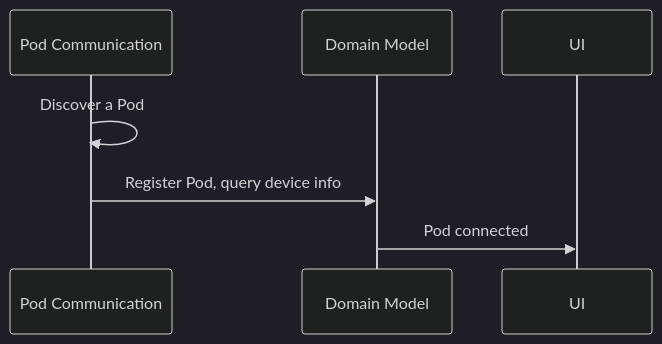
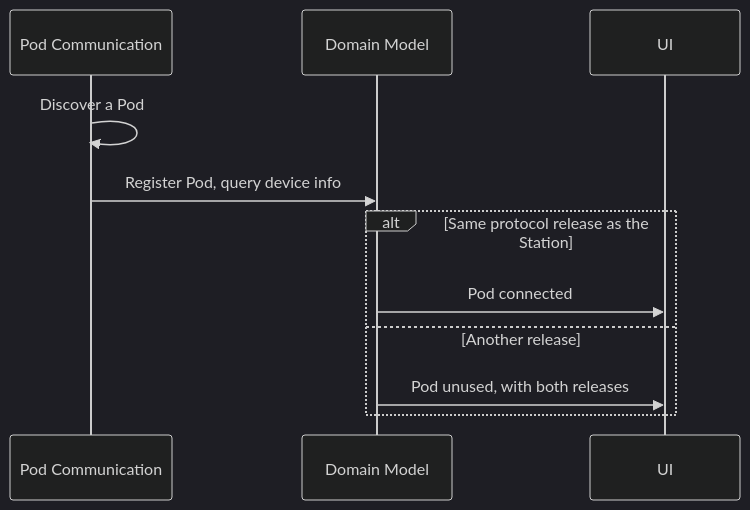
Before and after one commit to mathisloge/cocktail-maker: the first of 5 diagrams in docs/station/modules/ROOT/pages/runtime-view.adoc, drawn with Mermaid (dark theme). The commit also changed other lines of this file and 3 other files, not shown here.

```diff
--- a/docs/station/modules/ROOT/pages/runtime-view.adoc
+++ b/docs/station/modules/ROOT/pages/runtime-view.adoc
@@ -13,11 +13,15 @@
 [mermaid, target="runtime-pod-connects", format="svg"]
 ....
 sequenceDiagram
     participant PodComm as Pod Communication
     participant Domain as Domain Model
     participant UI
 
     PodComm->>PodComm: Discover a Pod
     PodComm->>Domain: Register Pod, query device info
-    Domain->>UI: Pod connected
+    alt Same protocol release as the Station
+        Domain->>UI: Pod connected
+    else Another release
+        Domain->>UI: Pod unused, with both releases
+    end
 ....
```
